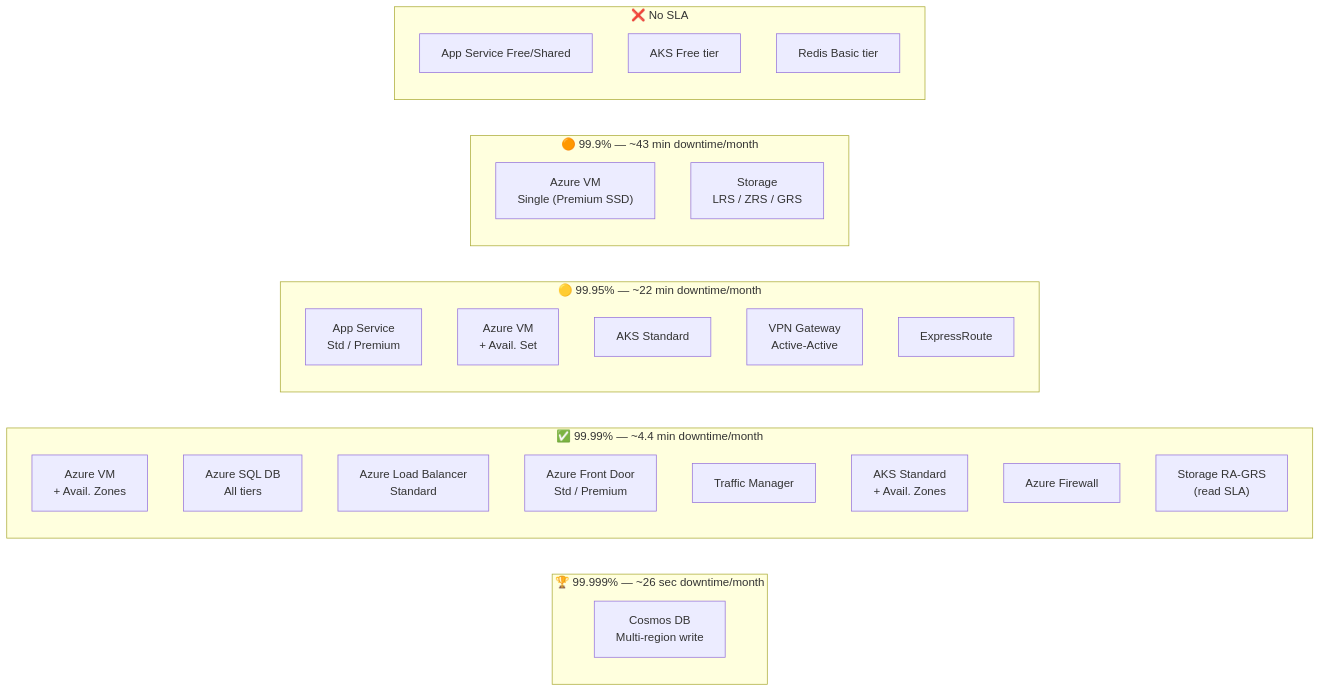
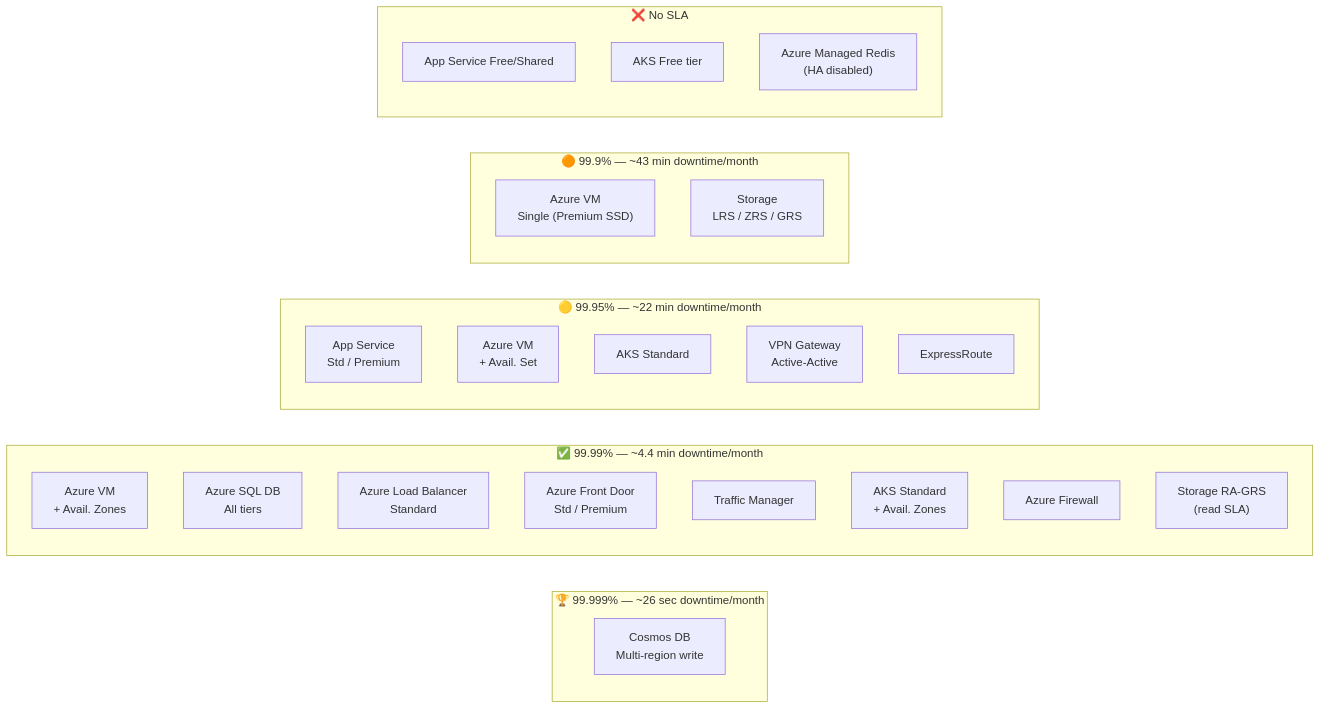
Before and after one commit to marcogrimaldi29/az-305-study-notes: the second of 3 diagrams in 06-quick-reference-cheatsheet.md, drawn with Mermaid. The commit also changed other lines of this file and 1 other file, not shown here.

Commit message:
Updated Azure Cache for Redis to Azure Managed Redis content

````diff
--- a/06-quick-reference-cheatsheet.md
+++ b/06-quick-reference-cheatsheet.md
@@ -62,32 +62,32 @@
 ```mermaid
 graph LR
     subgraph T5["🏆 99.999% — ~26 sec downtime/month"]
         A1["Cosmos DB\nMulti-region write"]
     end
     subgraph T4["✅ 99.99% — ~4.4 min downtime/month"]
         B1["Azure VM\n+ Avail. Zones"]
         B2["Azure SQL DB\nAll tiers"]
         B3["Azure Load Balancer\nStandard"]
         B4["Azure Front Door\nStd / Premium"]
         B5["Traffic Manager"]
         B6["AKS Standard\n+ Avail. Zones"]
         B7["Azure Firewall"]
         B8["Storage RA-GRS\n(read SLA)"]
     end
     subgraph T3["🟡 99.95% — ~22 min downtime/month"]
         C1["App Service\nStd / Premium"]
         C2["Azure VM\n+ Avail. Set"]
         C3["AKS Standard"]
         C4["VPN Gateway\nActive-Active"]
         C5["ExpressRoute"]
     end
     subgraph T2["🟠 99.9% — ~43 min downtime/month"]
         D1["Azure VM\nSingle (Premium SSD)"]
         D2["Storage\nLRS / ZRS / GRS"]
     end
     subgraph T1["❌ No SLA"]
         E1["App Service Free/Shared"]
         E2["AKS Free tier"]
-        E3["Redis Basic tier"]
+        E3["Azure Managed Redis\n(HA disabled)"]
     end
 ```
````
